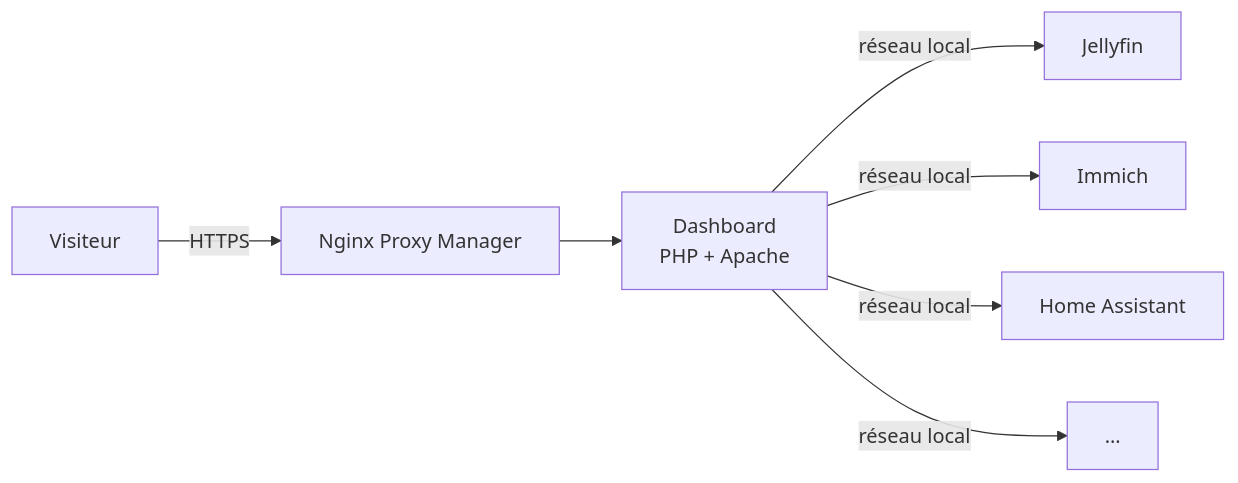
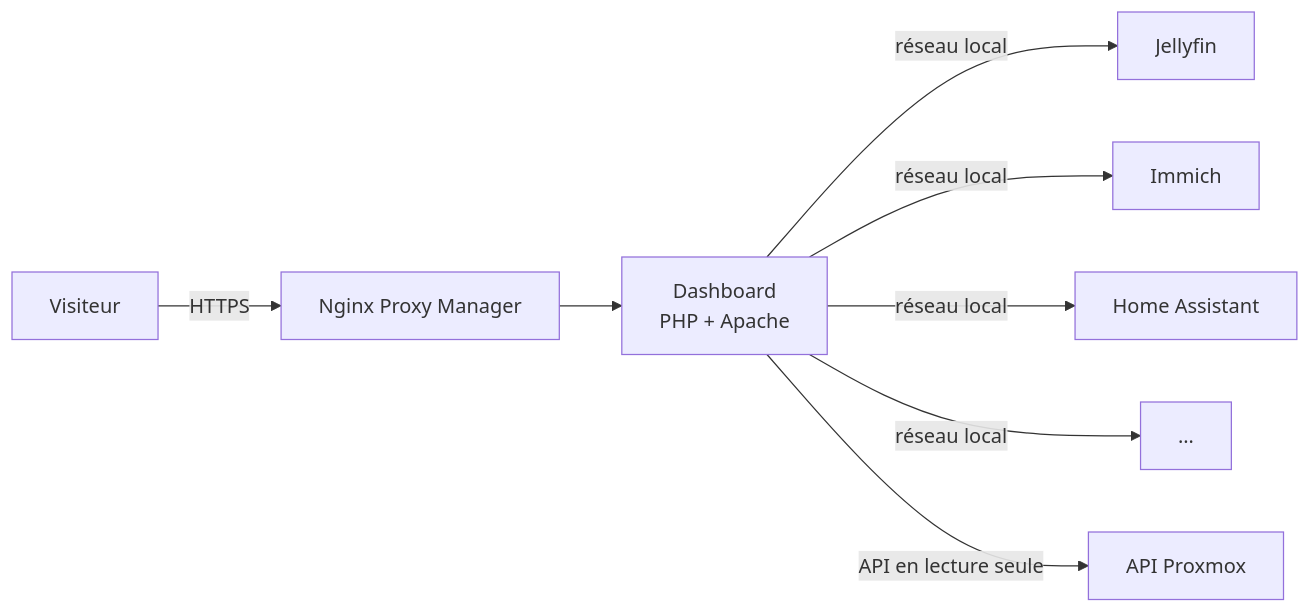
The diagram in README.md (titouandup/dashboard-homelab), drawn with Mermaid before and after one commit. The commit also changed other lines of this file, not shown here.

````diff
--- a/README.md
+++ b/README.md
@@ -11,9 +11,10 @@
 ```mermaid
 flowchart LR
     v[Visiteur] -- HTTPS --> npm[Nginx Proxy Manager]
     npm --> d[Dashboard<br/>PHP + Apache]
     d -- réseau local --> s1[Jellyfin]
     d -- réseau local --> s2[Immich]
     d -- réseau local --> s3[Home Assistant]
     d -- réseau local --> s4[…]
+    d -- API en lecture seule --> p[API Proxmox]
 ```
````
